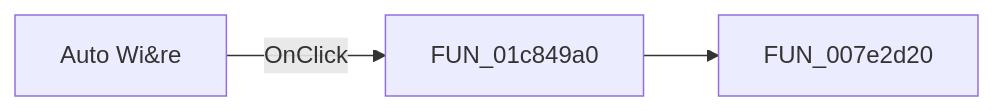
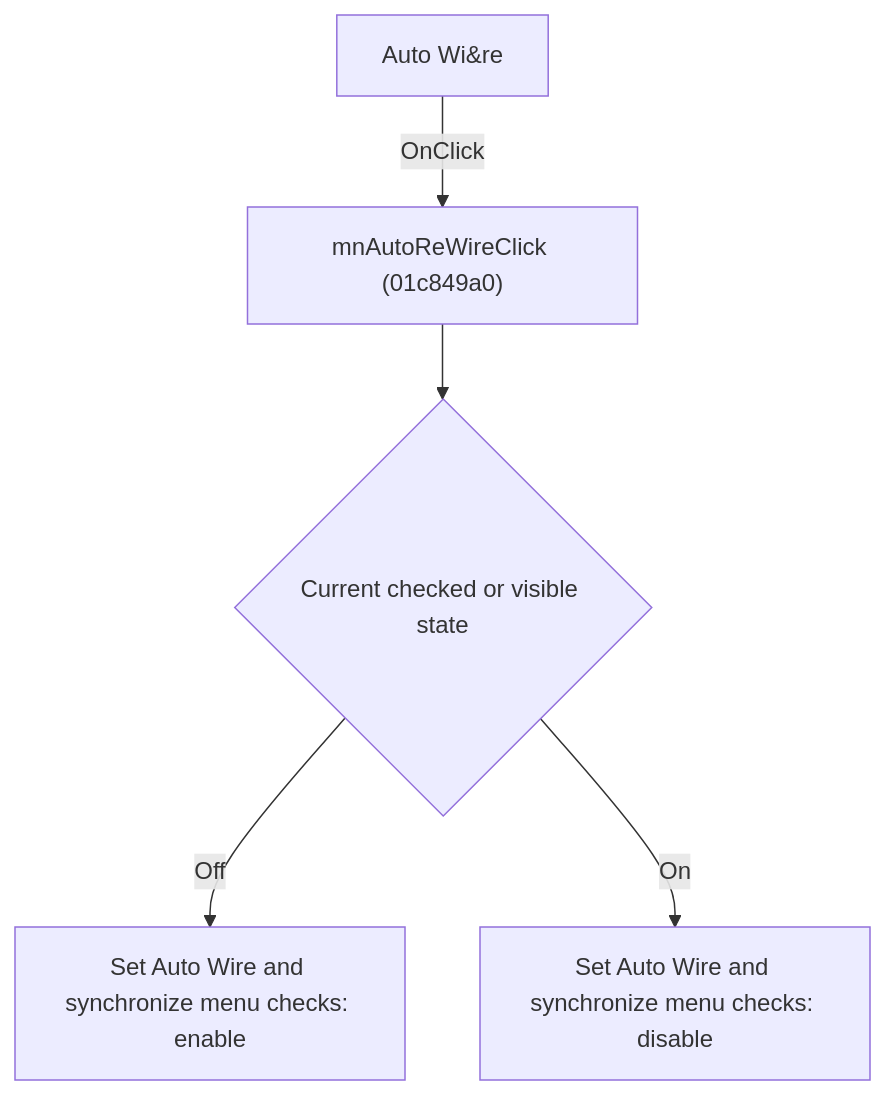
One commit to MovGP0/TIARA changed the diagram in docs/ui-controls/schematiceditor/mnautorewire-f3e6c11399.md. Above: the diagram before and after it, drawn with Mermaid. The commit also changed other lines of this file and 1062 other files, not shown here.

````diff
--- a/docs/ui-controls/schematiceditor/mnautorewire-f3e6c11399.md
+++ b/docs/ui-controls/schematiceditor/mnautorewire-f3e6c11399.md
@@ -27,5 +27,7 @@
 ```mermaid
-flowchart LR
-    control["Auto Wi&re"] -->|OnClick| handler["FUN_01c849a0"]
-    handler --> call1["FUN_007e2d20"]
+flowchart TD
+    control["Auto Wi&re"] -->|"OnClick"| handler["mnAutoReWireClick (01c849a0)"]
+    handler --> current{"Current checked or visible state"}
+    current -->|"Off"| enable["Set Auto Wire and synchronize menu checks: enable"]
+    current -->|"On"| disable["Set Auto Wire and synchronize menu checks: disable"]
 ```
````
